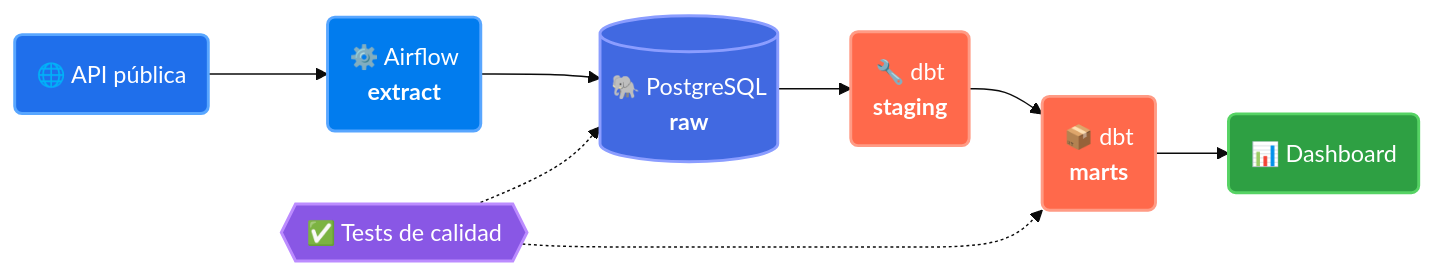
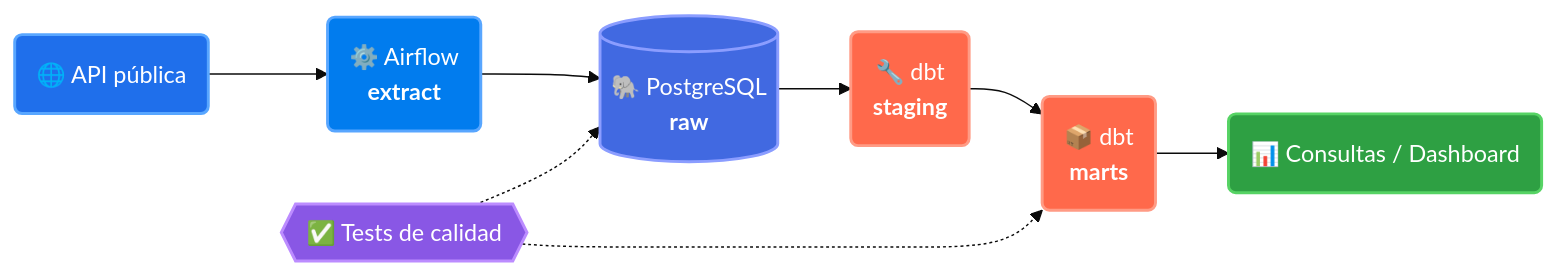
Before and after one commit to HernanPeinetti/HernanPeinetti: the diagram in README.md, drawn with Mermaid (base theme). The commit also changed other lines of this file, not shown here.

````diff
--- a/README.md
+++ b/README.md
@@ -34,17 +45,17 @@
 ```mermaid
 flowchart LR
     A("🌐 API pública"):::source --> B("⚙️ Airflow<br/><b>extract</b>"):::orch
     B --> C[("🐘 PostgreSQL<br/><b>raw</b>")]:::store
     C --> D("🔧 dbt<br/><b>staging</b>"):::transform
     D --> E("📦 dbt<br/><b>marts</b>"):::transform
-    E --> F("📊 Dashboard"):::output
+    E --> F("📊 Consultas / Dashboard"):::output
     Q{{"✅ Tests de calidad"}}:::quality -.-> C
     Q -.-> E
 
     classDef source fill:#1f6feb,stroke:#58a6ff,stroke-width:2px,color:#fff
     classDef orch fill:#017CEE,stroke:#58a6ff,stroke-width:2px,color:#fff
     classDef store fill:#4169E1,stroke:#8b9dff,stroke-width:2px,color:#fff
     classDef transform fill:#FF694B,stroke:#ff9b85,stroke-width:2px,color:#fff
     classDef output fill:#2ea043,stroke:#56d364,stroke-width:2px,color:#fff
     classDef quality fill:#8957e5,stroke:#bc8cff,stroke-width:2px,color:#fff
 ```
````
